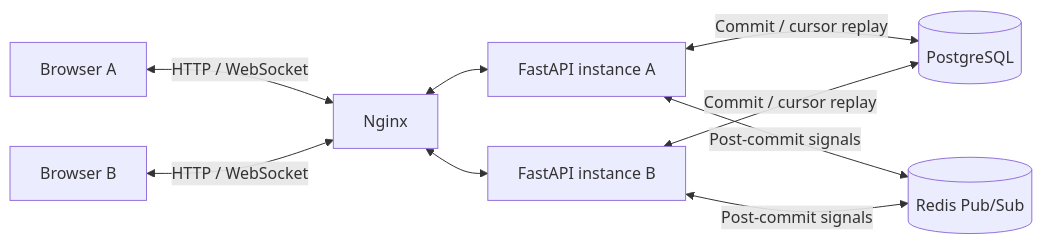
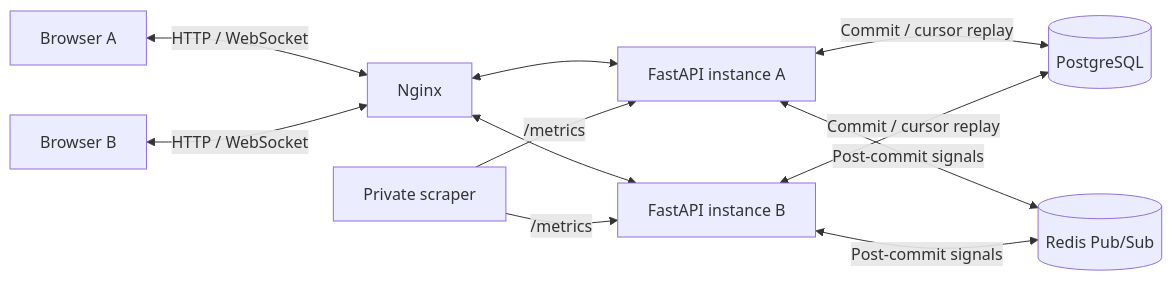
Before and after one commit to hwen020/Chat-Demo: the diagram in docs/messenger/architecture.md, drawn with Mermaid. The commit also changed other lines of this file and 6 other files, not shown here.

````diff
--- a/docs/messenger/architecture.md
+++ b/docs/messenger/architecture.md
@@ -5,11 +5,13 @@
 ```mermaid
 flowchart LR
     CA["Browser A"] <-->|"HTTP / WebSocket"| N["Nginx"]
     CB["Browser B"] <-->|"HTTP / WebSocket"| N
     N <--> A["FastAPI instance A"]
     N <--> B["FastAPI instance B"]
     A <-->|"Commit / cursor replay"| P[("PostgreSQL")]
     B <-->|"Commit / cursor replay"| P
     A <-->|"Post-commit signals"| R[("Redis Pub/Sub")]
     B <-->|"Post-commit signals"| R
+    O["Private scraper"] -->|"/metrics"| A
+    O -->|"/metrics"| B
 ```
````
